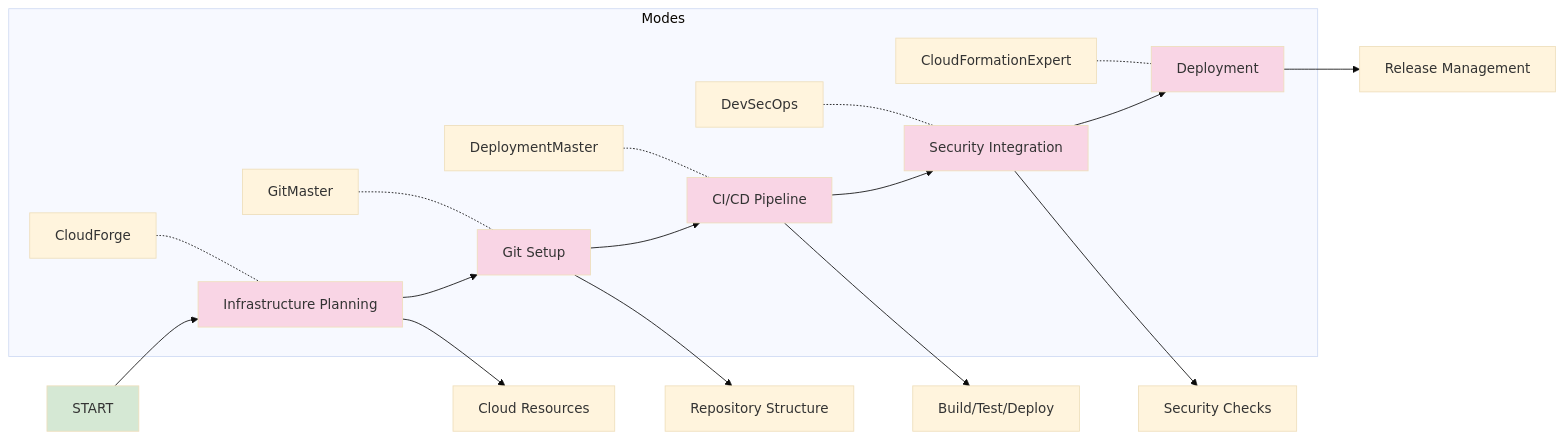
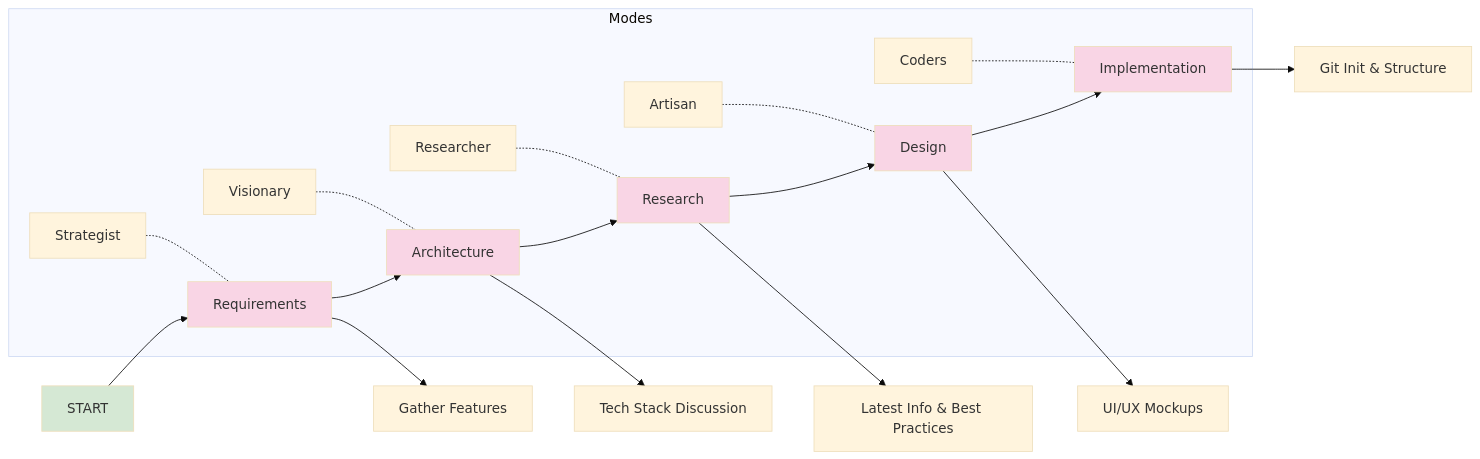
Before and after one commit to jigza/maestro: the third of 8 diagrams in custom-sets/devops-agent/Maestro-mode.md, drawn with Mermaid (base theme). The commit also changed other lines of this file and 24 other files, not shown here.

````diff
--- a/custom-sets/devops-agent/Maestro-mode.md
+++ b/custom-sets/devops-agent/Maestro-mode.md
@@ -96,29 +116,29 @@
 ```mermaid
 graph LR
-    A[START] --> B[Infrastructure Planning]
-    B --> C[Git Setup]
-    C --> D[CI/CD Pipeline]
-    D --> E[Security Integration]
-    E --> F[Deployment]
+    A[START] --> B[Requirements]
+    B --> C[Architecture]
+    C --> D[Research]
+    D --> E[Design]
+    E --> F[Implementation]
     
-    B --> B1[Cloud Resources]
-    C --> C1[Repository Structure]
-    D --> D1[Build/Test/Deploy]
-    E --> E1[Security Checks]
-    F --> F1[Release Management]
+    B --> B1[Gather Features]
+    C --> C1[Tech Stack Discussion]
+    D --> D1[Latest Info & Best Practices]
+    E --> E1[UI/UX Mockups]
+    F --> F1[Git Init & Structure]
     
     subgraph Modes
-    B2[CloudForge] -.- B
-    C2[GitMaster] -.- C
-    D2[DeploymentMaster] -.- D
-    E2[DevSecOps] -.- E
-    F2[CloudFormationExpert] -.- F
+    B2[Strategist] -.- B
+    C2[Visionary] -.- C
+    D2[Researcher] -.- D
+    E2[Artisan] -.- E
+    F2[Coders] -.- F
     end
     
     style A fill:#d5e8d4
     style B fill:#f9d5e5
     style C fill:#f9d5e5
     style D fill:#f9d5e5
     style E fill:#f9d5e5
     style F fill:#f9d5e5
 ```
````
